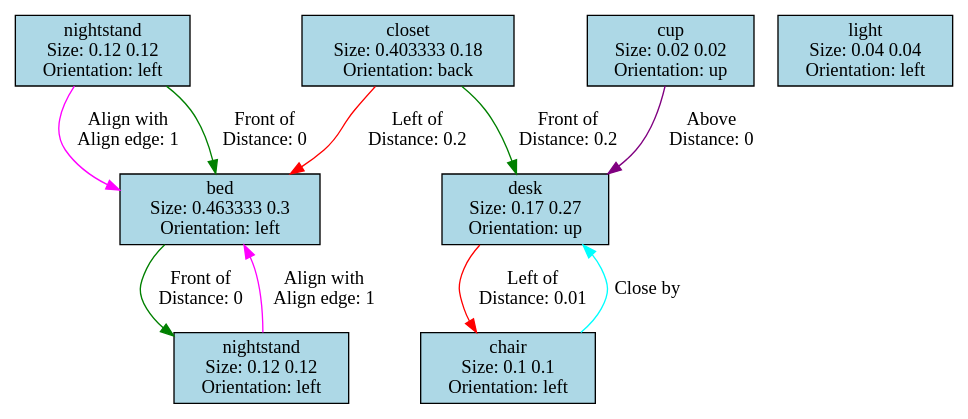
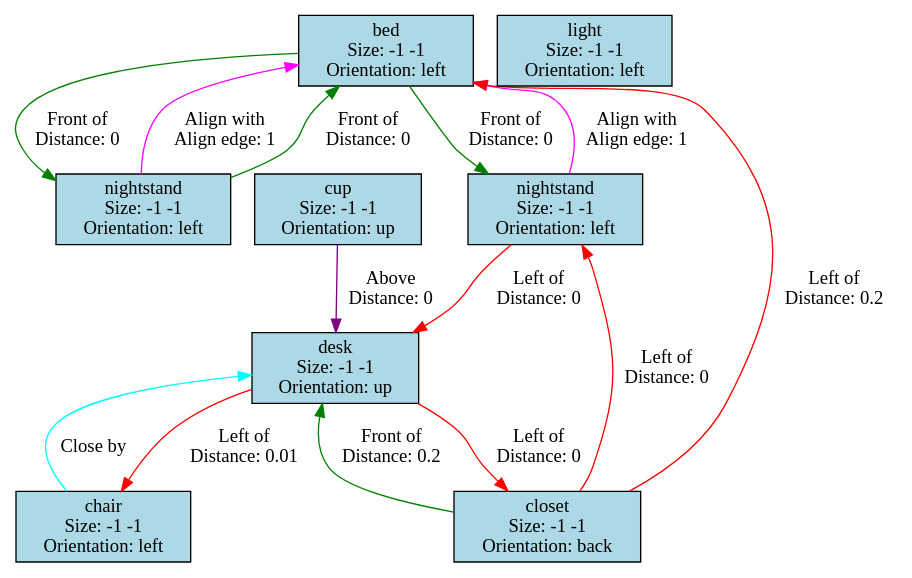
Before and after one commit to iambrc/AutoHomePlan: the diagram in Assets/SceneGraph/graph_out.dot, drawn with Graphviz. The commit also changed 6 other files, not shown here.

```diff
--- a/Assets/SceneGraph/graph_out.dot
+++ b/Assets/SceneGraph/graph_out.dot
@@ -1,19 +1,23 @@
 digraph G {
-0[label="bed\nSize: 0.463333 0.3\nOrientation: left", shape=rect, style=filled, fillcolor="lightblue", width=0.463333, height=0.3];
-1[label="nightstand\nSize: 0.12 0.12\nOrientation: left", shape=rect, style=filled, fillcolor="lightblue", width=0.12, height=0.12];
-2[label="nightstand\nSize: 0.12 0.12\nOrientation: left", shape=rect, style=filled, fillcolor="lightblue", width=0.12, height=0.12];
-3[label="closet\nSize: 0.403333 0.18\nOrientation: back", shape=rect, style=filled, fillcolor="lightblue", width=0.403333, height=0.18];
-4[label="desk\nSize: 0.17 0.27\nOrientation: up", shape=rect, style=filled, fillcolor="lightblue", width=0.17, height=0.27];
-5[label="chair\nSize: 0.1 0.1\nOrientation: left", shape=rect, style=filled, fillcolor="lightblue", width=0.1, height=0.1];
-6[label="light\nSize: 0.04 0.04\nOrientation: left", shape=rect, style=filled, fillcolor="lightblue", width=0.04, height=0.04];
-7[label="cup\nSize: 0.02 0.02\nOrientation: up", shape=rect, style=filled, fillcolor="lightblue", width=0.02, height=0.02];
+0[label="bed\nSize: -1 -1\nOrientation: left", shape=rect, style=filled, fillcolor="lightblue", width=0.1, height=0.1];
+1[label="nightstand\nSize: -1 -1\nOrientation: left", shape=rect, style=filled, fillcolor="lightblue", width=0.1, height=0.1];
+2[label="nightstand\nSize: -1 -1\nOrientation: left", shape=rect, style=filled, fillcolor="lightblue", width=0.1, height=0.1];
+3[label="closet\nSize: -1 -1\nOrientation: back", shape=rect, style=filled, fillcolor="lightblue", width=0.1, height=0.1];
+4[label="desk\nSize: -1 -1\nOrientation: up", shape=rect, style=filled, fillcolor="lightblue", width=0.1, height=0.1];
+5[label="chair\nSize: -1 -1\nOrientation: left", shape=rect, style=filled, fillcolor="lightblue", width=0.1, height=0.1];
+6[label="light\nSize: -1 -1\nOrientation: left", shape=rect, style=filled, fillcolor="lightblue", width=0.1, height=0.1];
+7[label="cup\nSize: -1 -1\nOrientation: up", shape=rect, style=filled, fillcolor="lightblue", width=0.1, height=0.1];
+0->1 [label="Front of\nDistance: 0\n", color="green"];
 0->2 [label="Front of\nDistance: 0\n", color="green"];
 1->0 [label="Align with\nAlign edge: 1\n", color="magenta"];
 1->0 [label="Front of\nDistance: 0\n", color="green"];
 2->0 [label="Align with\nAlign edge: 1\n", color="magenta"];
+2->4 [label="Left of\nDistance: 0\n", color="red"];
 3->0 [label="Left of\nDistance: 0.2\n", color="red"];
+3->2 [label="Left of\nDistance: 0\n", color="red"];
 3->4 [label="Front of\nDistance: 0.2\n", color="green"];
+4->3 [label="Left of\nDistance: 0\n", color="red"];
 4->5 [label="Left of\nDistance: 0.01\n", color="red"];
 5->4 [label="Close by\n", color="cyan"];
 7->4 [label="Above\nDistance: 0\n", color="purple"];
 }
```
